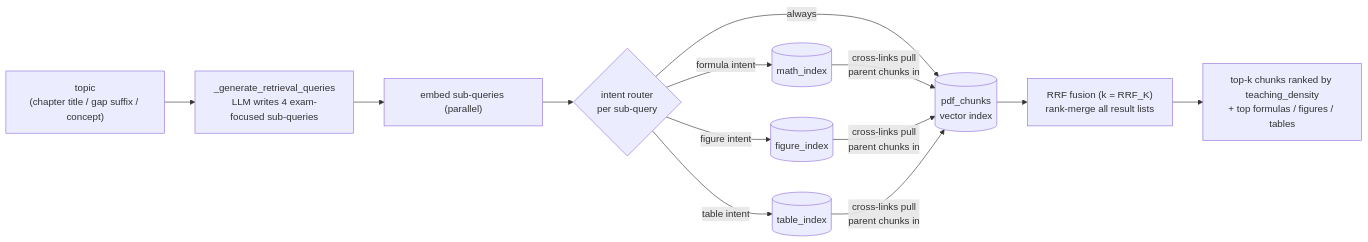
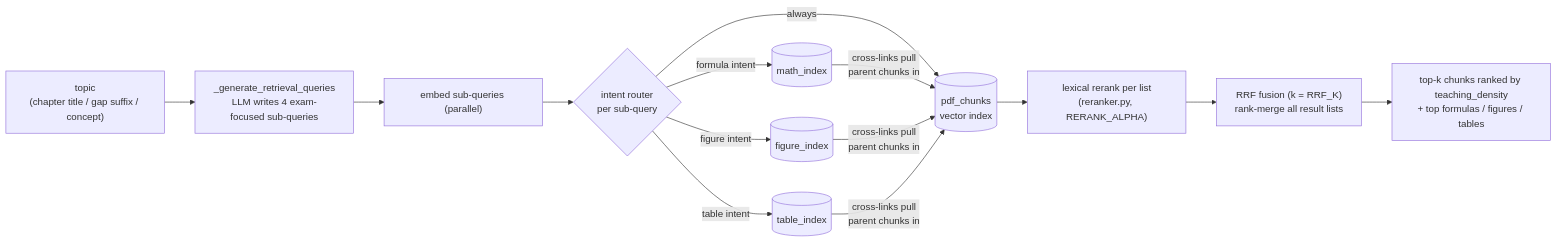
One commit to ankurxbatta/QuizMark changed the second of 4 diagrams in docs/QUESTION_GENERATION_ARCHITECTURE.md. Above: the diagram before and after it, drawn with Mermaid. The commit also changed other lines of this file and 7 other files, not shown here.

````diff
--- a/docs/QUESTION_GENERATION_ARCHITECTURE.md
+++ b/docs/QUESTION_GENERATION_ARCHITECTURE.md
@@ -51,13 +51,14 @@
 ```mermaid
 flowchart LR
     T["topic<br/>(chapter title / gap suffix / concept)"] --> SQ["_generate_retrieval_queries<br/>LLM writes 4 exam-focused sub-queries"]
     SQ --> E["embed sub-queries (parallel)"]
     E --> RT{"intent router<br/>per sub-query"}
     RT -->|always| C[("pdf_chunks<br/>vector index")]
     RT -->|formula intent| M[("math_index")]
     RT -->|figure intent| F[("figure_index")]
     RT -->|table intent| TB[("table_index")]
     M & F & TB -->|cross-links pull<br/>parent chunks in| C
-    C --> RRF["RRF fusion (k = RRF_K)<br/>rank-merge all result lists"]
+    C --> RR["lexical rerank per list<br/>(reranker.py, RERANK_ALPHA)"]
+    RR --> RRF["RRF fusion (k = RRF_K)<br/>rank-merge all result lists"]
     RRF --> OUT["top-k chunks ranked by teaching_density<br/>+ top formulas / figures / tables"]
 ```
````
